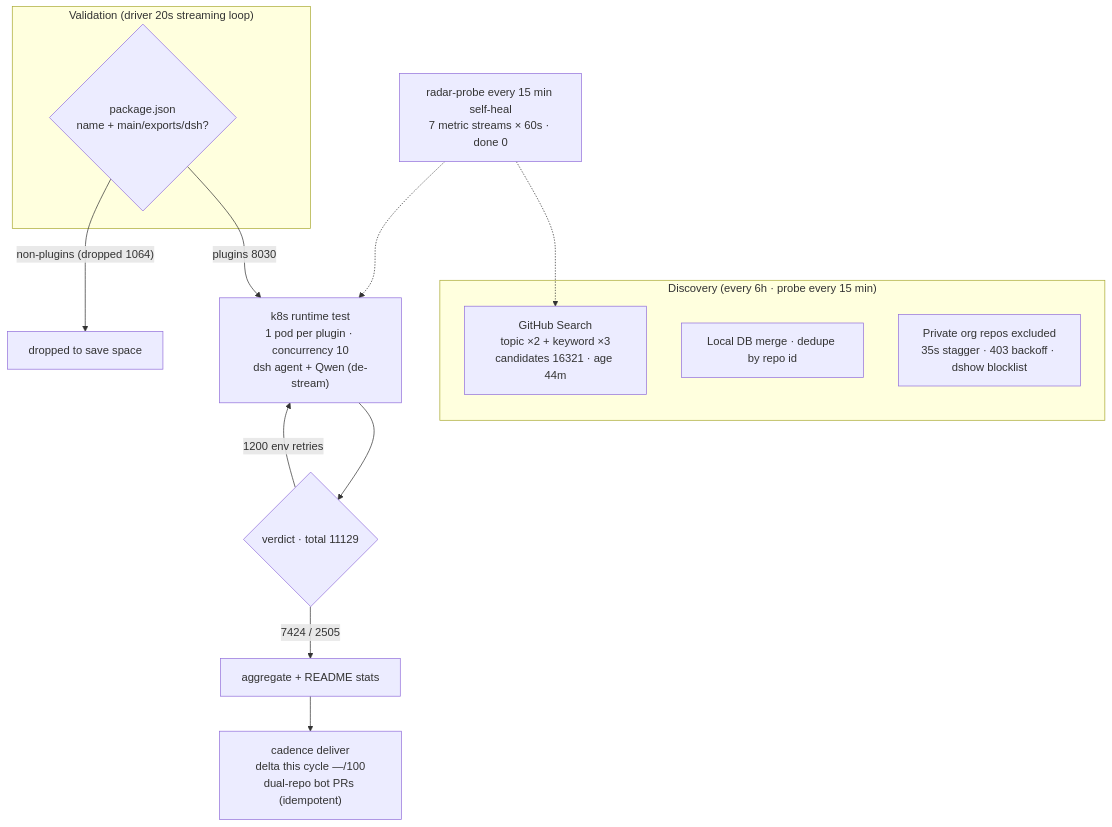
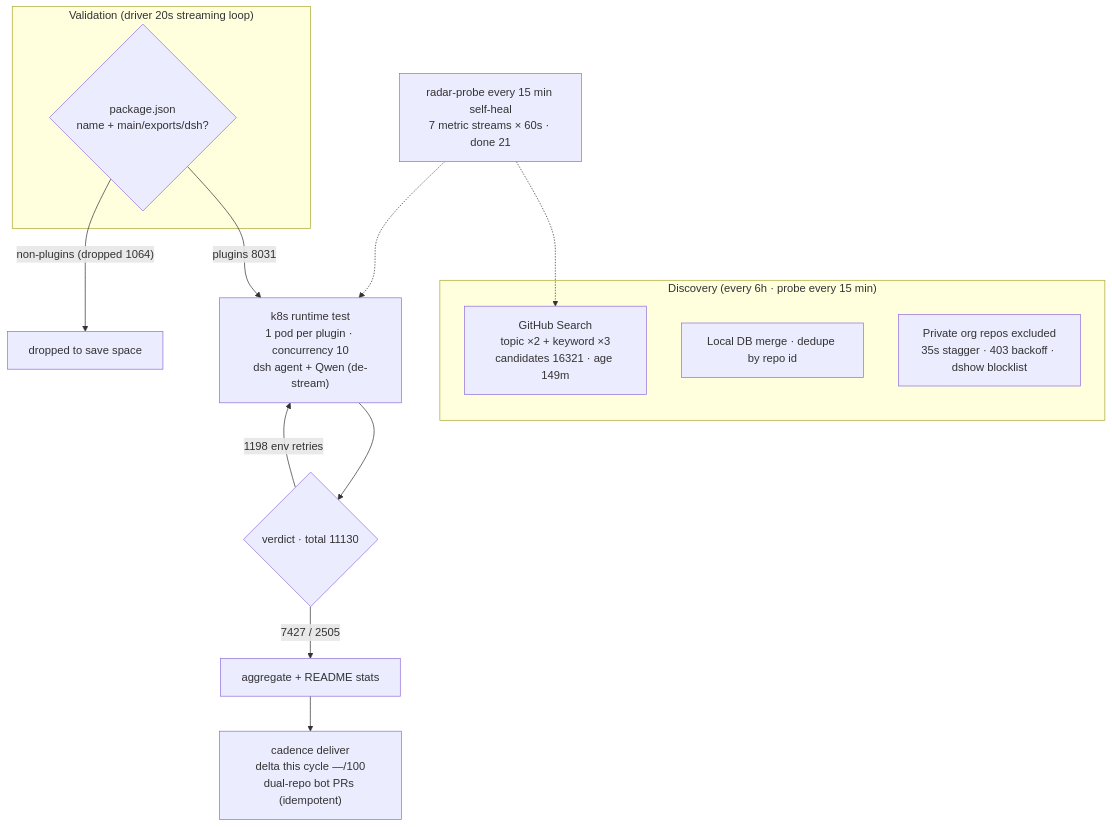
Before and after one commit to AdamPlatin123/awesome-dsh-plugins: the diagram in README.en-US.md, drawn with Mermaid. The commit also changed other lines of this file and 5 other files, not shown here.

````diff
--- a/README.en-US.md
+++ b/README.en-US.md
@@ -45,20 +45,20 @@
 ```mermaid
 flowchart TB
     subgraph Discovery["Discovery (every 6h · probe every 15 min)"]
-        A1["GitHub Search<br/>topic ×2 + keyword ×3<br/>candidates 16321 · age 44m"]
+        A1["GitHub Search<br/>topic ×2 + keyword ×3<br/>candidates 16321 · age 149m"]
         A2["Local DB merge · dedupe by repo id"]
         A3["Private org repos excluded<br/>35s stagger · 403 backoff · dshow blocklist"]
     end
     subgraph Validation["Validation (driver 20s streaming loop)"]
         B1{"package.json<br/>name + main/exports/dsh?"}
     end
-    B1 -->|"plugins 8030"| C1["k8s runtime test<br/>1 pod per plugin · concurrency 10<br/>dsh agent + Qwen (de-stream)"]
+    B1 -->|"plugins 8031"| C1["k8s runtime test<br/>1 pod per plugin · concurrency 10<br/>dsh agent + Qwen (de-stream)"]
     B1 -->|"non-plugins (dropped 1064)"| B3["dropped to save space"]
-    C1 --> D1{"verdict · total 11129"}
-    D1 -->|"7424 / 2505"| E1["aggregate + README stats"]
-    D1 -->|"1200 env retries"| C1
+    C1 --> D1{"verdict · total 11130"}
+    D1 -->|"7427 / 2505"| E1["aggregate + README stats"]
+    D1 -->|"1198 env retries"| C1
     E1 --> E2["cadence deliver<br/>delta this cycle —/100<br/>dual-repo bot PRs (idempotent)"]
-    M["radar-probe every 15 min self-heal<br/>7 metric streams × 60s · done 0"]
+    M["radar-probe every 15 min self-heal<br/>7 metric streams × 60s · done 21"]
     M -.-> A1
     M -.-> C1
 ```
````
